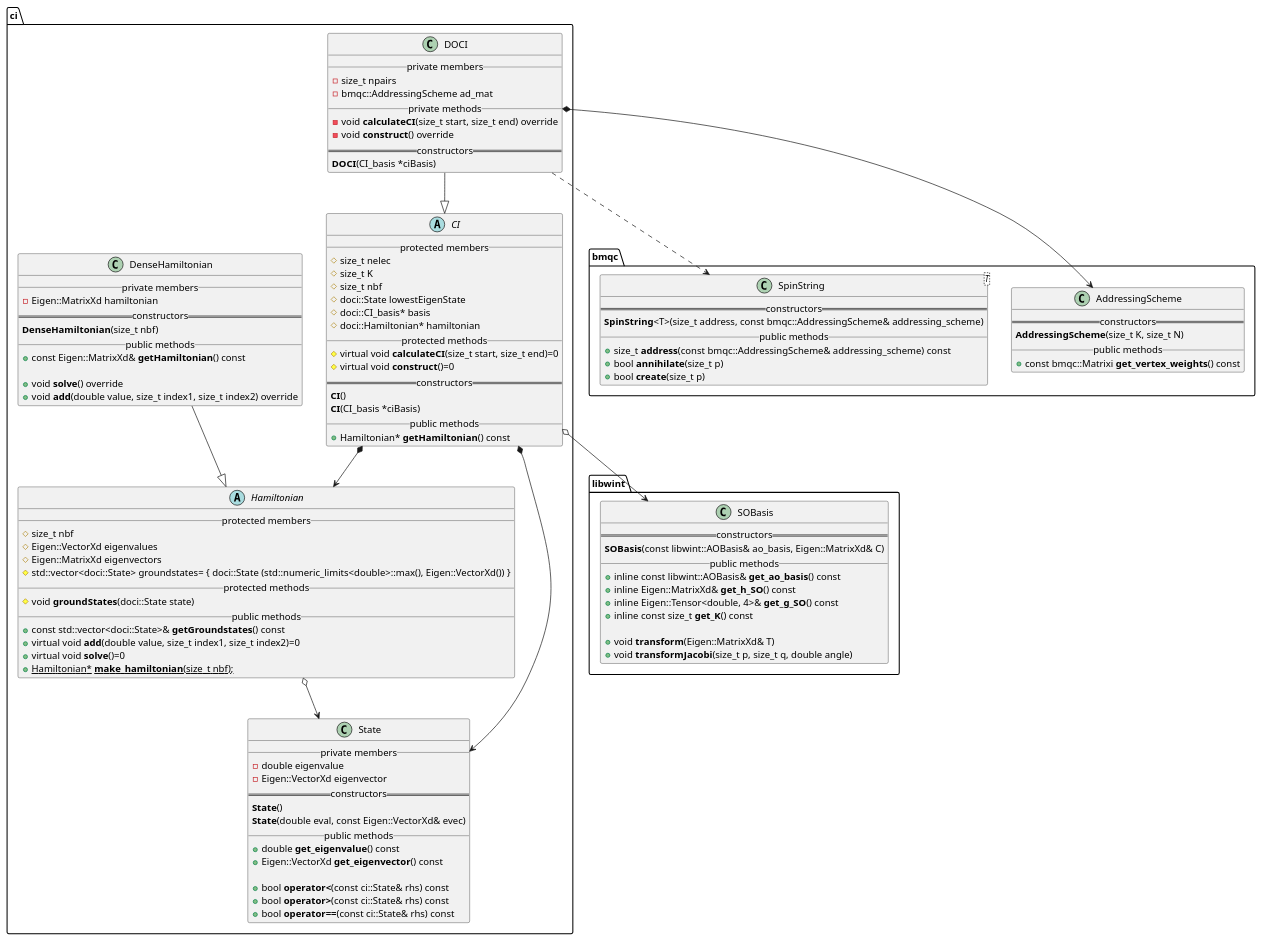
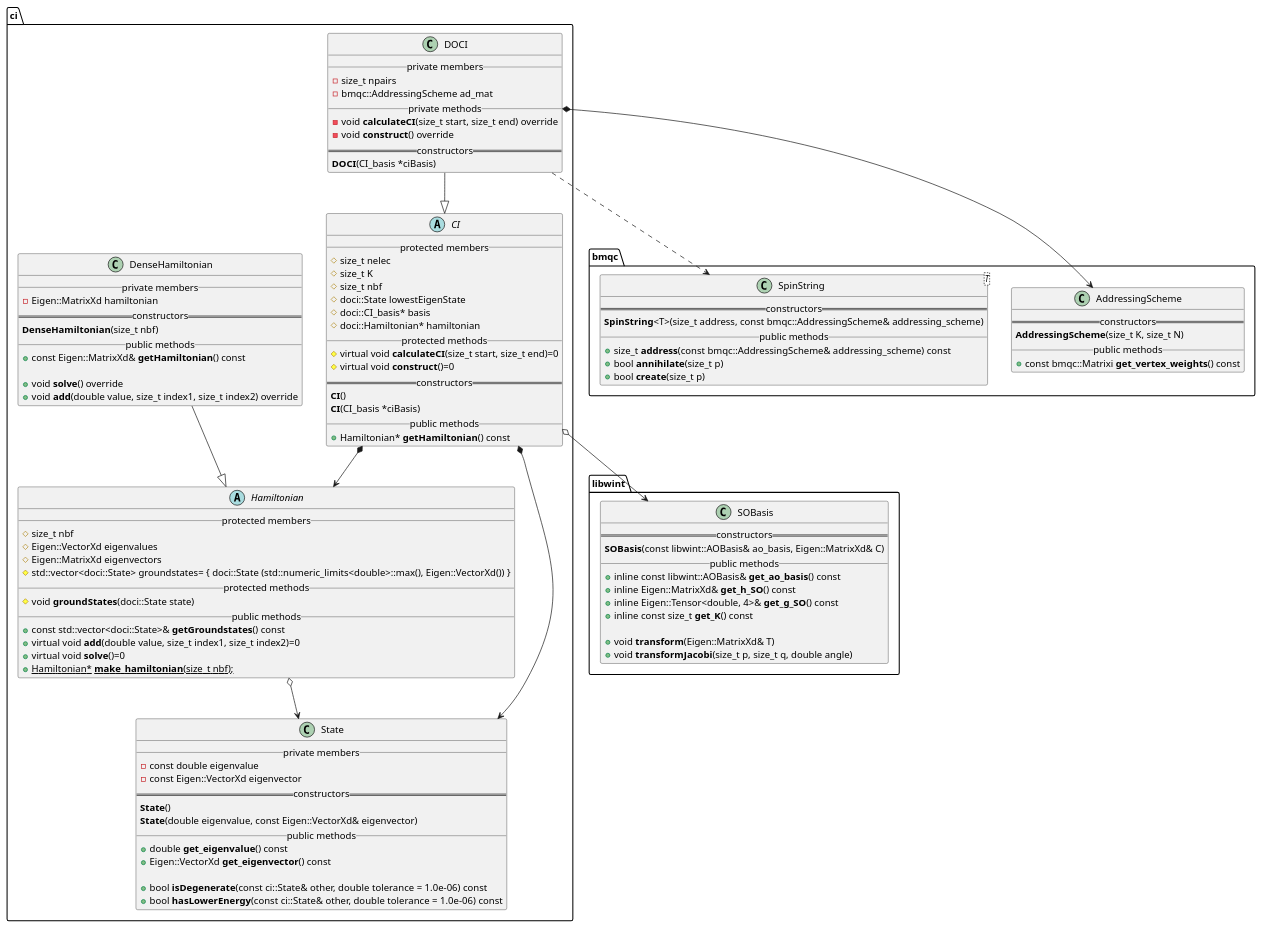
One commit to tmhuysen/ci changed the diagram in docs/ci.puml. Above: the diagram before and after it, drawn with PlantUML. The commit also changed 17 other files, not shown here.

```diff
--- a/docs/ci.puml
+++ b/docs/ci.puml
@@ -1,131 +1,130 @@
 @startuml
 
 namespace ci {
     abstract class CI {
         __ protected members __
             # size_t nelec
             # size_t K
             # size_t nbf
             # doci::State lowestEigenState
             # doci::CI_basis* basis
             # doci::Hamiltonian* hamiltonian
         __ protected methods __
             # virtual void **calculateCI**(size_t start, size_t end)=0
             # virtual void **construct**()=0
         == constructors ==
             **CI**()
             **CI**(CI_basis *ciBasis)
         __ public methods __
             + Hamiltonian* **getHamiltonian**() const
     }
 
 
     class DOCI {
         __ private members __
             - size_t npairs
             - bmqc::AddressingScheme ad_mat
         __ private methods __
             - void **calculateCI**(size_t start, size_t end) override
             - void **construct**() override
         == constructors ==
             **DOCI**(CI_basis *ciBasis)
     }
 
 
     class State {
         __ private members __
-            - double eigenvalue
-            - Eigen::VectorXd eigenvector
+            - const double eigenvalue
+            - const Eigen::VectorXd eigenvector
         == constructors ==
             **State**()
-            **State**(double eval, const Eigen::VectorXd& evec)
+            **State**(double eigenvalue, const Eigen::VectorXd& eigenvector)
         __ public methods __
             + double **get_eigenvalue**() const
             + Eigen::VectorXd **get_eigenvector**() const
 
-            + bool **operator<**(const ci::State& rhs) const
-            + bool **operator>**(const ci::State& rhs) const
-            + bool **operator==**(const ci::State& rhs) const
+            + bool **isDegenerate**(const ci::State& other, double tolerance = 1.0e-06) const
+            + bool **hasLowerEnergy**(const ci::State& other, double tolerance = 1.0e-06) const
     }
 
 
     abstract class Hamiltonian {
         __ protected members __
             # size_t nbf
             # Eigen::VectorXd eigenvalues
             # Eigen::MatrixXd eigenvectors
             # std::vector<doci::State> groundstates= { doci::State (std::numeric_limits<double>::max(), Eigen::VectorXd()) }
         __ protected methods __
             # void **groundStates**(doci::State state)
         __ public methods __
             + const std::vector<doci::State>& **getGroundstates**() const
             + virtual void **add**(double value, size_t index1, size_t index2)=0
             + virtual void **solve**()=0
             + {static} Hamiltonian* **make_hamiltonian**(size_t nbf);
     }
 
 
     class DenseHamiltonian {
         __ private members __
             - Eigen::MatrixXd hamiltonian
         == constructors ==
             **DenseHamiltonian**(size_t nbf)
         __ public methods __
             + const Eigen::MatrixXd& **getHamiltonian**() const
 
             + void **solve**() override
             + void **add**(double value, size_t index1, size_t index2) override
     }
 }
 
 
 namespace bmqc {
     class AddressingScheme {
         == constructors ==
             **AddressingScheme**(size_t K, size_t N)
         __ public methods __
             + const bmqc::Matrixi **get_vertex_weights**() const
     }
 
 
     class SpinString<T> {
         == constructors ==
             **SpinString**<T>(size_t address, const bmqc::AddressingScheme& addressing_scheme)
         __ public methods __
             + size_t **address**(const bmqc::AddressingScheme& addressing_scheme) const
             + bool **annihilate**(size_t p)
             + bool **create**(size_t p)
     }
 }
 
 
 namespace libwint {
     class SOBasis {
         == constructors ==
             **SOBasis**(const libwint::AOBasis& ao_basis, Eigen::MatrixXd& C)
         __ public methods __
             + inline const libwint::AOBasis& **get_ao_basis**() const
             + inline Eigen::MatrixXd& **get_h_SO**() const
             + inline Eigen::Tensor<double, 4>& **get_g_SO**() const
             + inline const size_t **get_K**() const
 
             + void **transform**(Eigen::MatrixXd& T)
             + void **transformJacobi**(size_t p, size_t q, double angle)
     }
 }
 
 
 ci.Hamiltonian o--> ci.State
 
 ci.DenseHamiltonian --|> ci.Hamiltonian
 
 ci.CI *--> ci.State
 ci.CI o--> libwint.SOBasis
 ci.CI *--> ci.Hamiltonian
 
 ci.DOCI --|> ci.CI
 ci.DOCI *--> bmqc.AddressingScheme
 ci.DOCI ..> bmqc.SpinString
 
 
 @enduml
```
